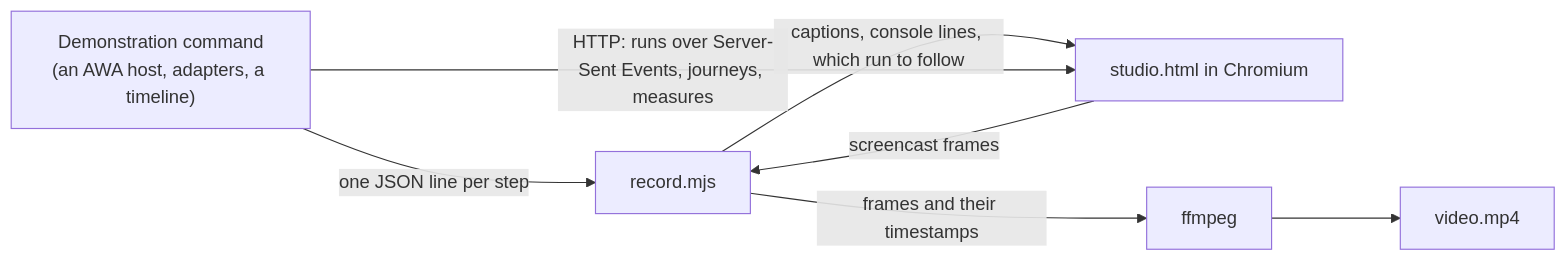
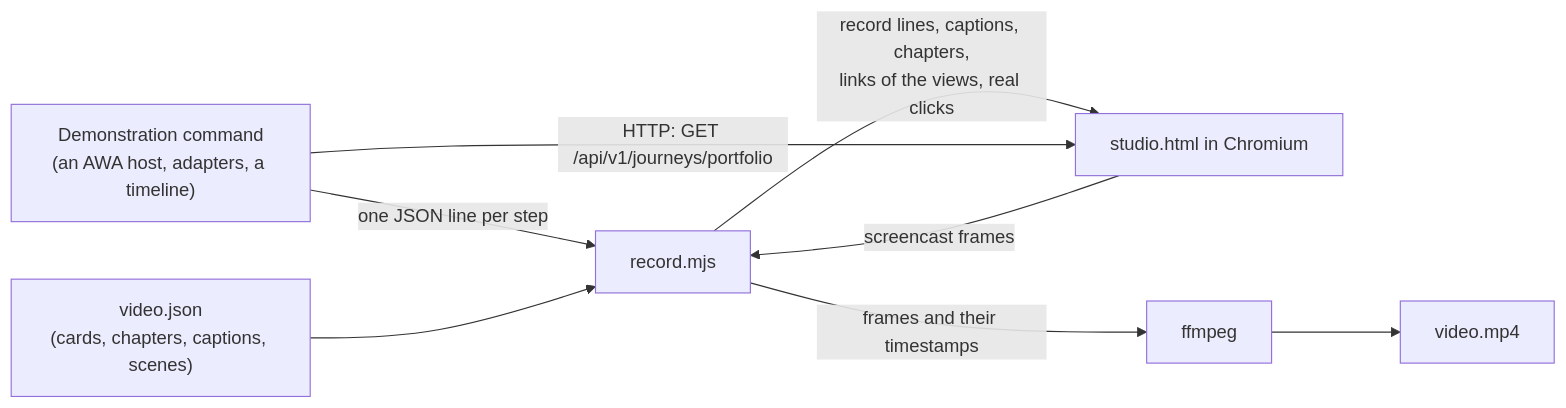
One commit to yannickhuchard/agentic-workflow-architecture changed the diagram in tools/video/README.md. Above: the diagram before and after it, drawn with Mermaid. The commit also changed other lines of this file and 14 other files, not shown here.

First line of the commit message:
Demonstration video v2: the journey storyboard's frame, bands in the run view, English only (#12)

````diff
--- a/tools/video/README.md
+++ b/tools/video/README.md
@@ -10,8 +10,9 @@
 ```mermaid
 flowchart LR
     Demo["Demonstration command<br/>(an AWA host, adapters, a timeline)"] -- "one JSON line per step" --> Rec["record.mjs"]
-    Rec -- "captions, console lines, which run to follow" --> Studio["studio.html in Chromium"]
-    Demo -- "HTTP: runs over Server-Sent Events, journeys, measures" --> Studio
+    Script["video.json<br/>(cards, chapters, captions, scenes)"] --> Rec
+    Rec -- "record lines, captions, chapters,<br/>links of the views, real clicks" --> Studio["studio.html in Chromium"]
+    Demo -- "HTTP: GET /api/v1/journeys/portfolio" --> Studio
     Studio -- "screencast frames" --> Rec
     Rec -- "frames and their timestamps" --> FF["ffmpeg"] --> MP4["video.mp4"]
 ```
````
